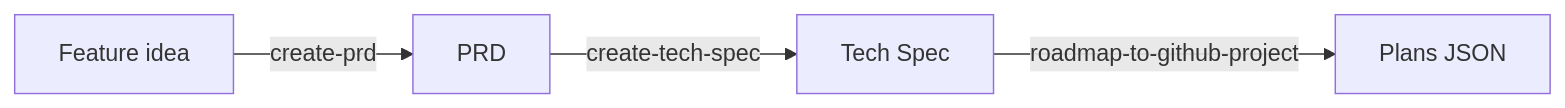
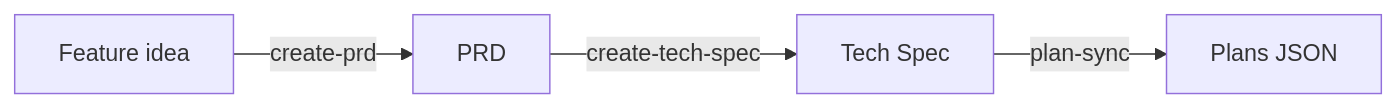
One commit to aryeko/planpilot changed the diagram in examples/full-workflow/README.md. Above: the diagram before and after it, drawn with Mermaid. The commit also changed other lines of this file and 26 other files, not shown here.

````diff
--- a/examples/full-workflow/README.md
+++ b/examples/full-workflow/README.md
@@ -7,6 +7,6 @@
 ```mermaid
 flowchart LR
     A["Feature idea"] -->|create-prd| B["PRD"]
     B -->|create-tech-spec| C["Tech Spec"]
-    C -->|roadmap-to-github-project| D["Plans JSON"]
+    C -->|plan-sync| D["Plans JSON"]
 ```
````
